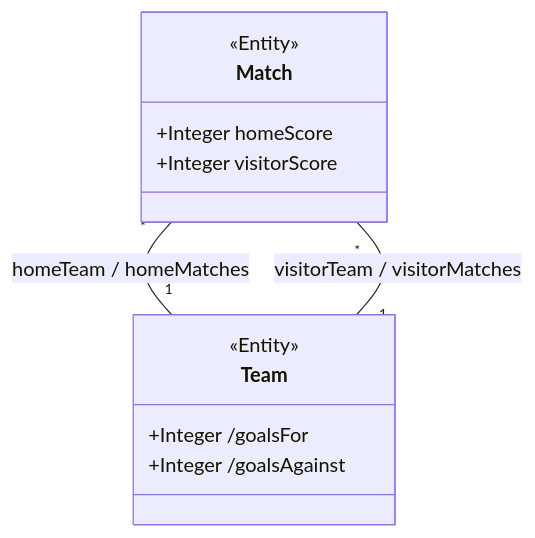
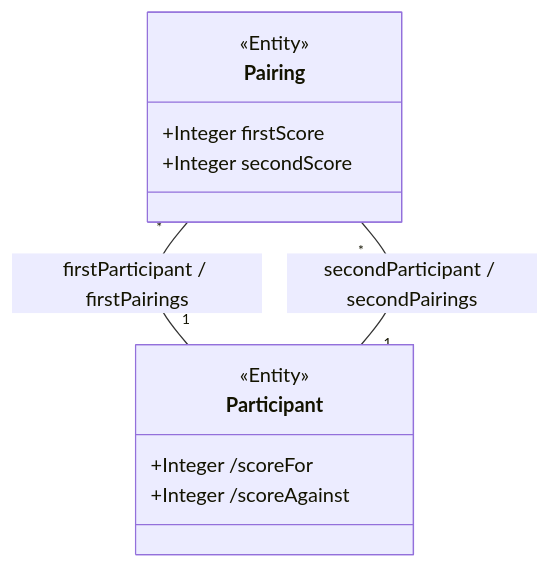
One commit to BlackBeltTechnology/judo-blueprint changed the diagram in catalog/best-practices/model/dual-role-relation.md. Above: the diagram before and after it, drawn with Mermaid. The commit also changed other lines of this file and 538 other files, not shown here.

````diff
--- a/catalog/best-practices/model/dual-role-relation.md
+++ b/catalog/best-practices/model/dual-role-relation.md
@@ -62,15 +62,15 @@
 ```mermaid
 classDiagram
-  class Match {
+  class Pairing {
     <<Entity>>
-    +Integer homeScore
-    +Integer visitorScore
+    +Integer firstScore
+    +Integer secondScore
   }
-  class Team {
+  class Participant {
     <<Entity>>
-    +Integer /goalsFor
-    +Integer /goalsAgainst
+    +Integer /scoreFor
+    +Integer /scoreAgainst
   }
-  Match "*" -- "1" Team : homeTeam / homeMatches
-  Match "*" -- "1" Team : visitorTeam / visitorMatches
+  Pairing "*" -- "1" Participant : firstParticipant / firstPairings
+  Pairing "*" -- "1" Participant : secondParticipant / secondPairings
 ```
````
